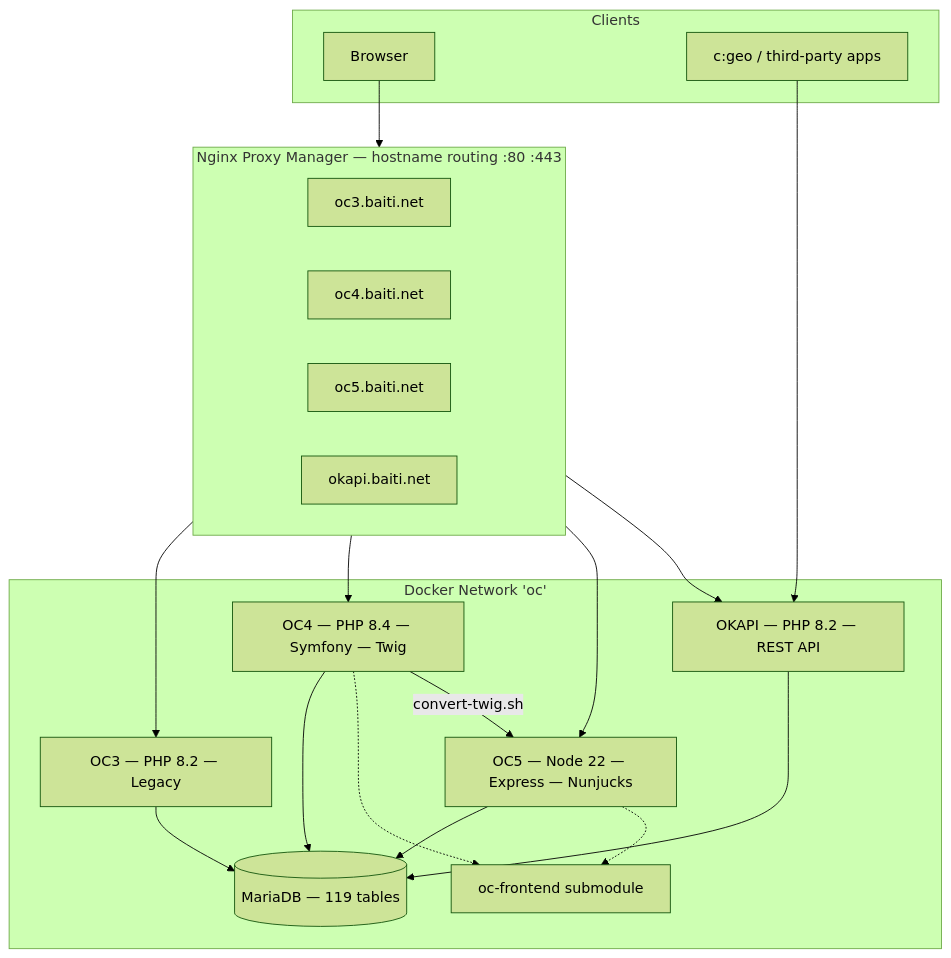
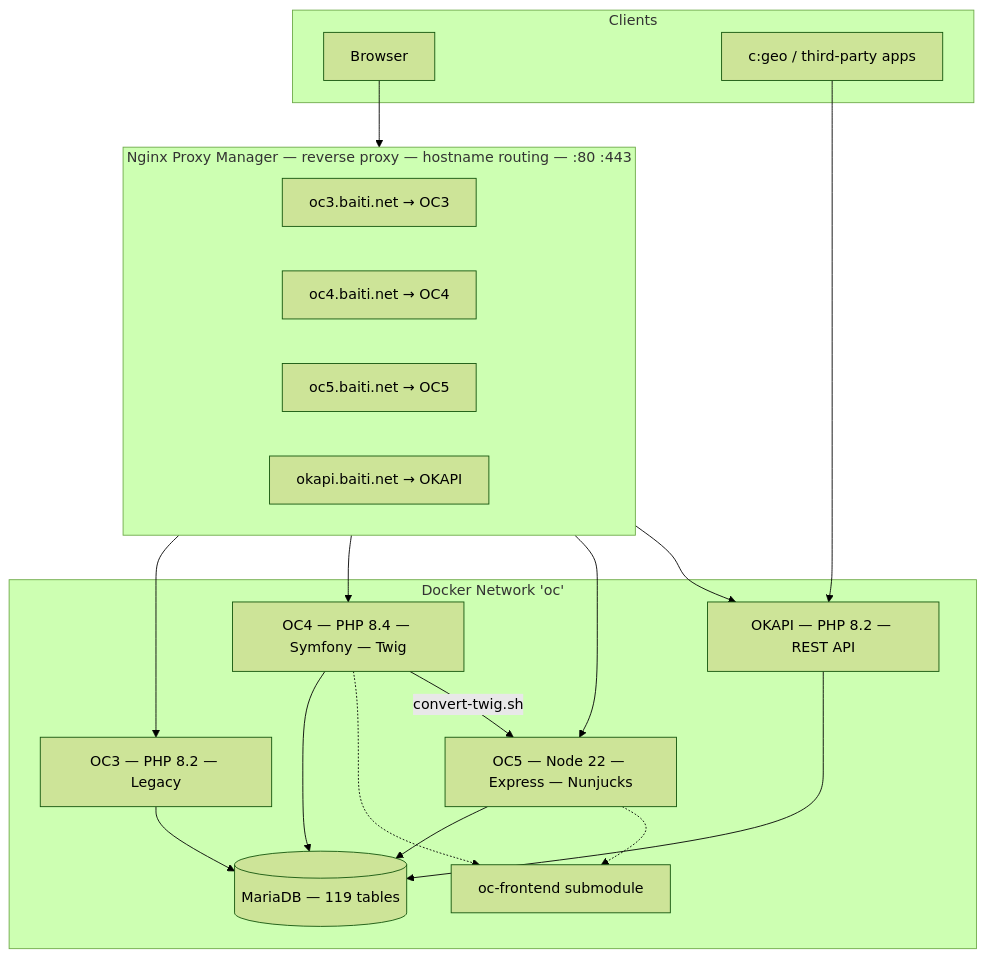
One commit to hxdimpf/oc5 changed the first of 4 diagrams in public/docs/architecture.md. Above: the diagram before and after it, drawn with Mermaid (forest theme).

Commit message:
docs: sync — wider NPM box

````diff
--- a/public/docs/architecture.md
+++ b/public/docs/architecture.md
@@ -9,34 +9,34 @@
 ```mermaid
 flowchart TD
     U[Browser] --> NPM
     CGEO[c:geo / third-party apps] --> D
     NPM --> A
     NPM --> B
     NPM --> C
     NPM --> D
     A --> E
     B --> E
     C --> E
     D --> E
     B -.-> F
     C -.-> F
     B -->|convert-twig.sh| C
     subgraph Clients
         U
         CGEO
     end
-    subgraph NPM[Nginx Proxy Manager — hostname routing  :80 :443]
-        R1[oc3.baiti.net]
-        R2[oc4.baiti.net]
-        R3[oc5.baiti.net]
-        R4[okapi.baiti.net]
+    subgraph NPM[Nginx Proxy Manager — reverse proxy — hostname routing — :80 :443]
+        R1[oc3.baiti.net  →  OC3]
+        R2[oc4.baiti.net  →  OC4]
+        R3[oc5.baiti.net  →  OC5]
+        R4[okapi.baiti.net  →  OKAPI]
     end
     subgraph OC[Docker Network 'oc']
         A[OC3 — PHP 8.2 — Legacy]
         D[OKAPI — PHP 8.2 — REST API]
         B[OC4 — PHP 8.4 — Symfony — Twig]
         C[OC5 — Node 22 — Express — Nunjucks]
         E[(MariaDB — 119 tables)]
         F[oc-frontend submodule]
     end
 ```
````
